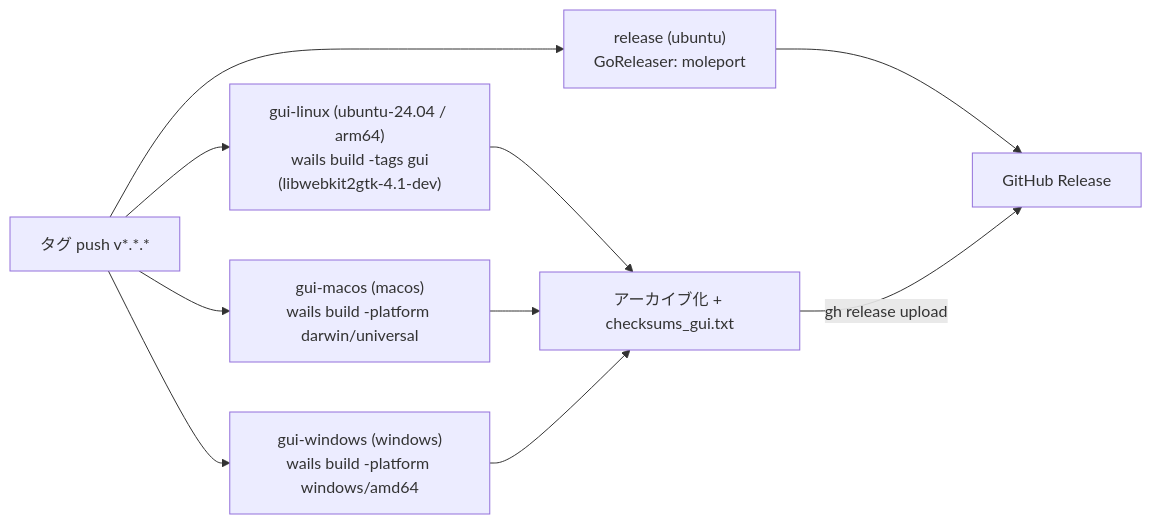
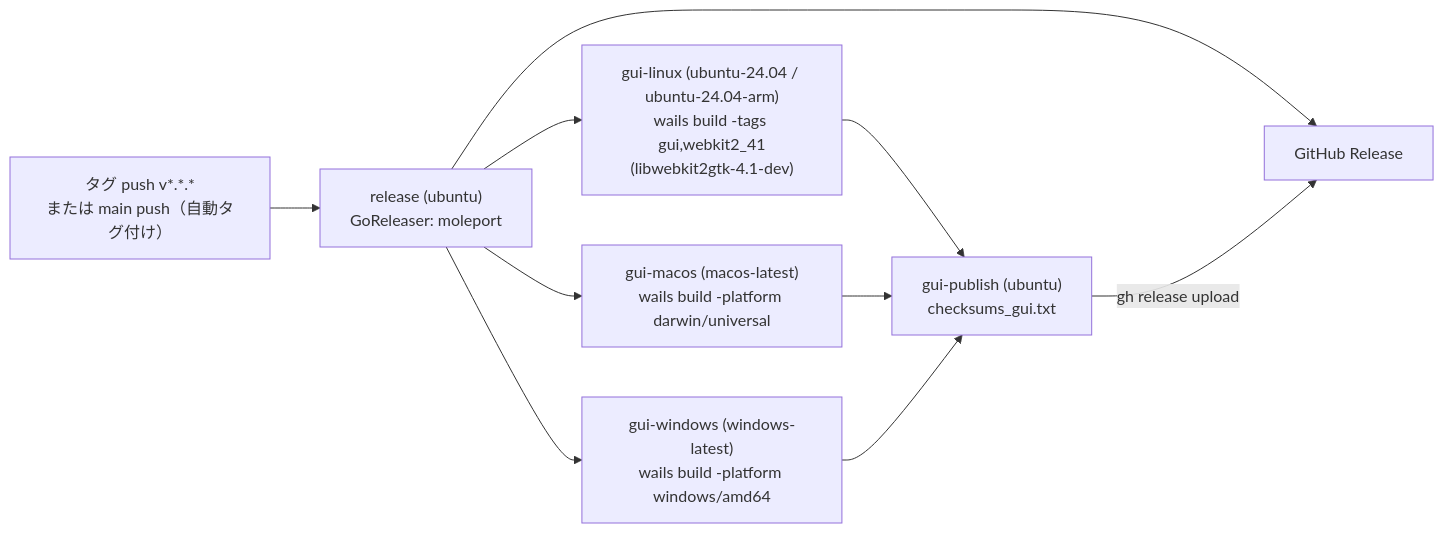
One commit to ousiassllc/MolePort changed the seventh of 7 diagrams in docs/architecture/gui.md. Above: the diagram before and after it, drawn with Mermaid. The commit also changed other lines of this file and 6 other files, not shown here.

````diff
--- a/docs/architecture/gui.md
+++ b/docs/architecture/gui.md
@@ -446,12 +446,12 @@
 ```mermaid
 flowchart LR
-    Tag["タグ push v*.*.*"] --> GR["release (ubuntu)<br/>GoReleaser: moleport"]
-    Tag --> GL["gui-linux (ubuntu-24.04 / arm64)<br/>wails build -tags gui<br/>(libwebkit2gtk-4.1-dev)"]
-    Tag --> GM["gui-macos (macos)<br/>wails build -platform darwin/universal"]
-    Tag --> GW["gui-windows (windows)<br/>wails build -platform windows/amd64"]
-    GL --> Pack["アーカイブ化 + checksums_gui.txt"]
+    Tag["タグ push v*.*.*<br/>または main push（自動タグ付け）"] --> GR["release (ubuntu)<br/>GoReleaser: moleport"]
+    GR --> GL["gui-linux (ubuntu-24.04 / ubuntu-24.04-arm)<br/>wails build -tags gui,webkit2_41<br/>(libwebkit2gtk-4.1-dev)"]
+    GR --> GM["gui-macos (macos-latest)<br/>wails build -platform darwin/universal"]
+    GR --> GW["gui-windows (windows-latest)<br/>wails build -platform windows/amd64"]
+    GL --> Pack["gui-publish (ubuntu)<br/>checksums_gui.txt"]
     GM --> Pack
     GW --> Pack
     GR --> Rel["GitHub Release"]
     Pack -->|"gh release upload"| Rel
 ```
````
